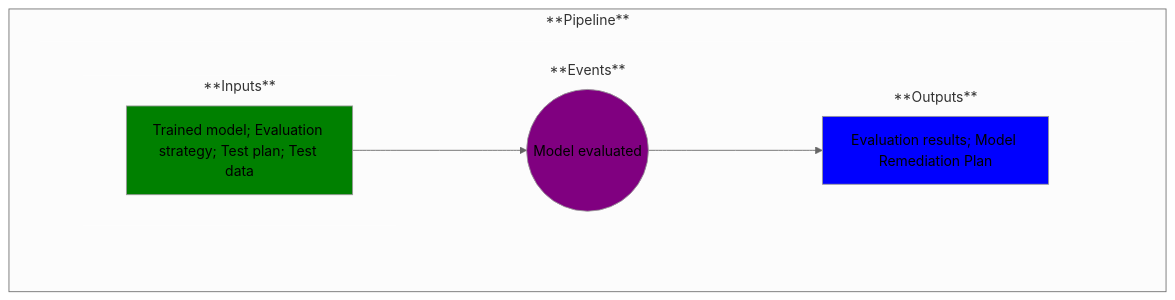
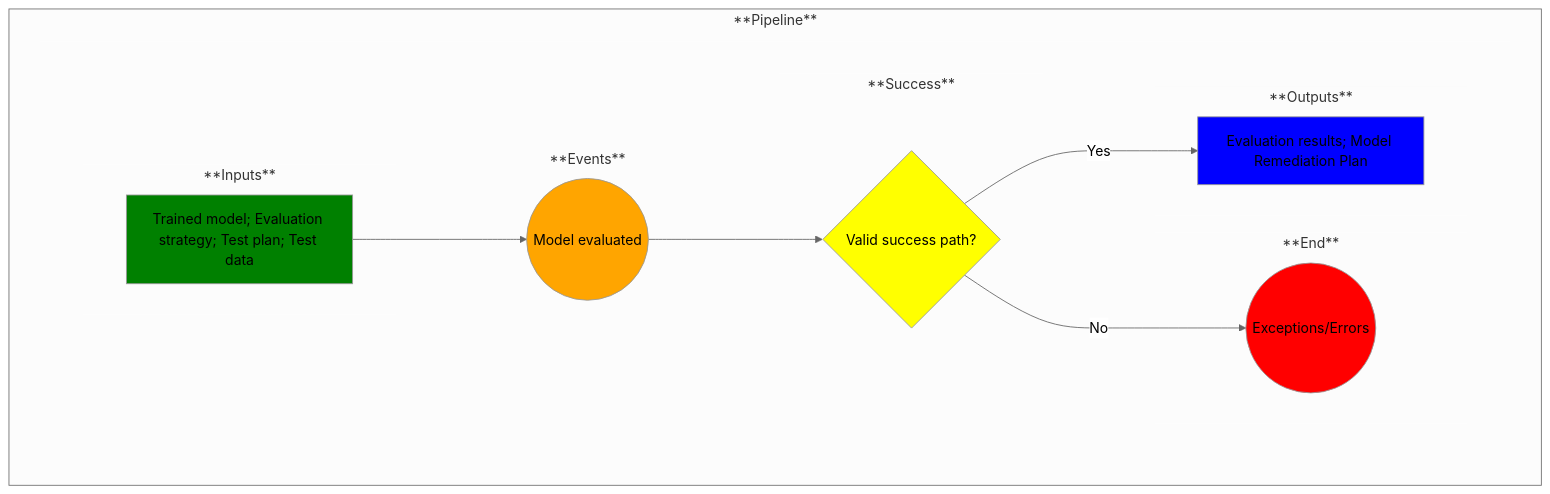
The diagram in use-cases/11-model-eval.md (MLOps-OpenAPI/arch-diagrams), drawn with Mermaid (neutral theme) before and after one commit.

Commit message:
Updated UC11

````diff
--- a/use-cases/11-model-eval.md
+++ b/use-cases/11-model-eval.md
@@ -19,51 +19,65 @@
 ```mermaid
 
 %% Creating a left-to-right flowchart
 %% Learn the syntax here: https://mermaid.js.org/syntax/flowchart.html
 %% Note: flowchart and graph are the same in Mermaid
 graph LR;
 
     %% Define the common flow items:
     %%A--> B
     %%B-->C
     subgraph Pipeline ["**Pipeline**"]
         
         %% Add an empty node to overcome some formatting issues
         subgraph invisibleSpace["<br/>"]
 
             %% Add the rest of the nodes
             subgraph Inputs ["**Inputs**"]
                 A
             end
             subgraph Events ["**Events**"]
                 B
             end
+            subgraph Success ["**Success**"]
+                C
+            end
+            subgraph End ["**End**"]
+                D
+            end
             subgraph Outputs ["**Outputs**"]
-                C
+                E
             end
         end
         A-->B
-        %%C--> | test text | D
         B-->C
-        %%D--> | test text | E
+        C--> | No | D
+        C--> | Yes | E
     end
 
     %% Now label and style the blocks
     %% Note: You could have done this above, but I find this to be cleaner and easier to manage
 
     A[Trained model; Evaluation strategy; Test plan; Test data]
     style A fill:green
 
     B((Model evaluated))
-    style B fill:purple
+    style B fill:orange
 
-    C[Evaluation results; Model Remediation Plan]
-    style C fill:blue
+    C{Valid success path?}
+    style C fill:yellow
+
+    D((Exceptions/Errors))
+    style D fill:red
+
+    E[Evaluation results; Model Remediation Plan]
+    style E fill:blue
 
     %% Remove unnecessary box outlines
     style invisibleSpace stroke-width:0
     style Inputs stroke-width:0
     style Events stroke-width:0
     style Outputs stroke-width:0
+    style End stroke-width:0
+    style Success stroke-width:0
 
 ```
````
